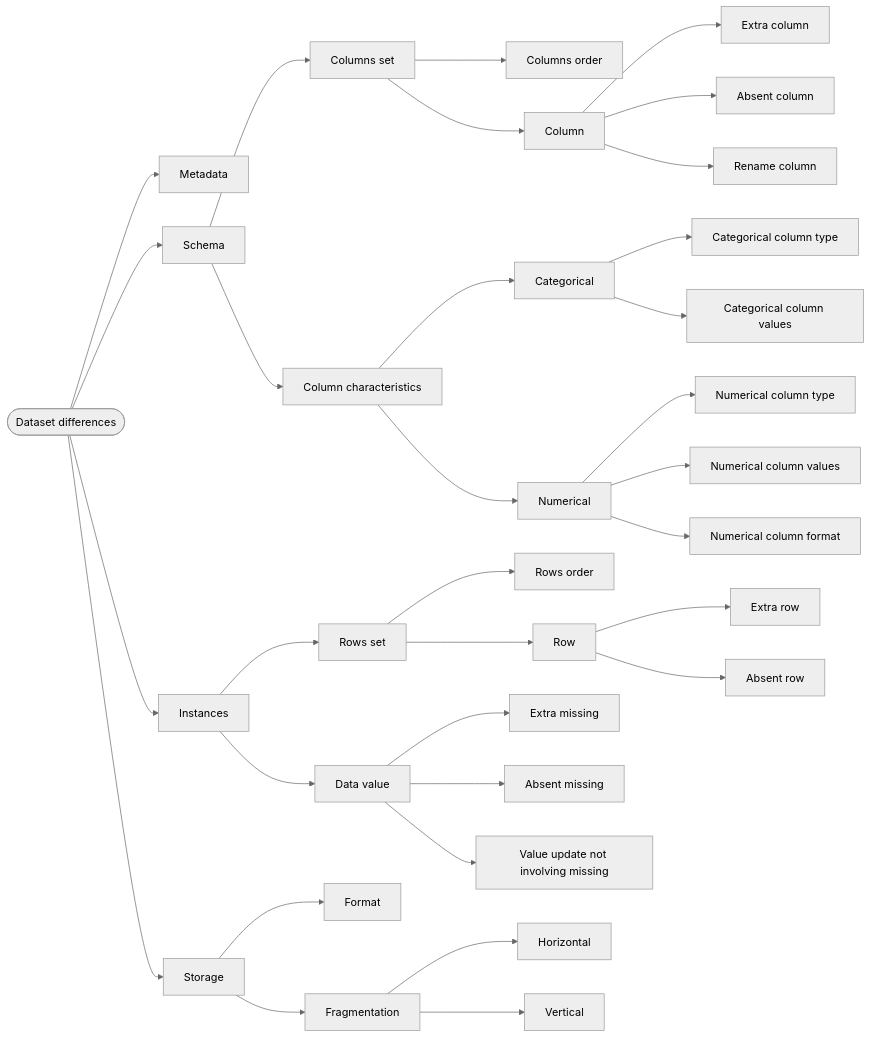
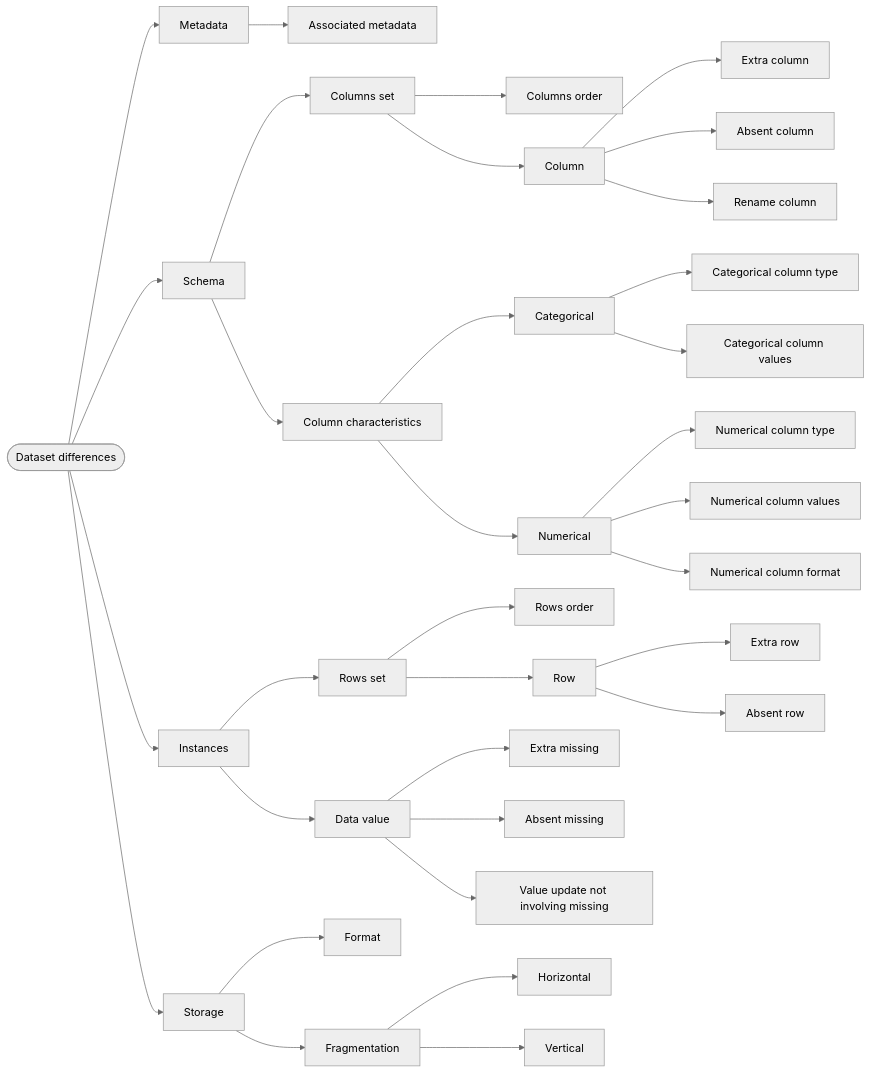
Before and after one commit to MLSToolbox/mls_dsc_taxonomy: the diagram in docs/taxonomy/index.md, drawn with Mermaid (neutral theme). The commit also changed other lines of this file and 4 other files, not shown here.

````diff
--- a/docs/taxonomy/index.md
+++ b/docs/taxonomy/index.md
@@ -14,66 +15,68 @@
 ```mermaid
 flowchart LR
     root(["Dataset differences"])
     n0["Metadata"]
     root --> n0
+    n1["Associated metadata"]
+    n0 --> n1
     n2["Schema"]
     root --> n2
     n3["Columns set"]
     n2 --> n3
     n4["Columns order"]
     n3 --> n4
     n5["Column"]
     n3 --> n5
     n6["Extra column"]
     n5 --> n6
     n7["Absent column"]
     n5 --> n7
     n8["Rename column"]
     n5 --> n8
     n9["Column characteristics"]
     n2 --> n9
     n10["Categorical"]
     n9 --> n10
     n11["Categorical column type"]
     n10 --> n11
     n12["Categorical column values"]
     n10 --> n12
     n13["Numerical"]
     n9 --> n13
     n14["Numerical column type"]
     n13 --> n14
     n15["Numerical column values"]
     n13 --> n15
     n16["Numerical column format"]
     n13 --> n16
     n17["Instances"]
     root --> n17
     n18["Rows set"]
     n17 --> n18
     n19["Rows order"]
     n18 --> n19
     n20["Row"]
     n18 --> n20
     n21["Extra row"]
     n20 --> n21
     n22["Absent row"]
     n20 --> n22
     n23["Data value"]
     n17 --> n23
     n24["Extra missing"]
     n23 --> n24
     n25["Absent missing"]
     n23 --> n25
     n26["Value update not involving missing"]
     n23 --> n26
     n27["Storage"]
     root --> n27
     n28["Format"]
     n27 --> n28
     n29["Fragmentation"]
     n27 --> n29
     n30["Horizontal"]
     n29 --> n30
     n31["Vertical"]
     n29 --> n31
 ```
````
